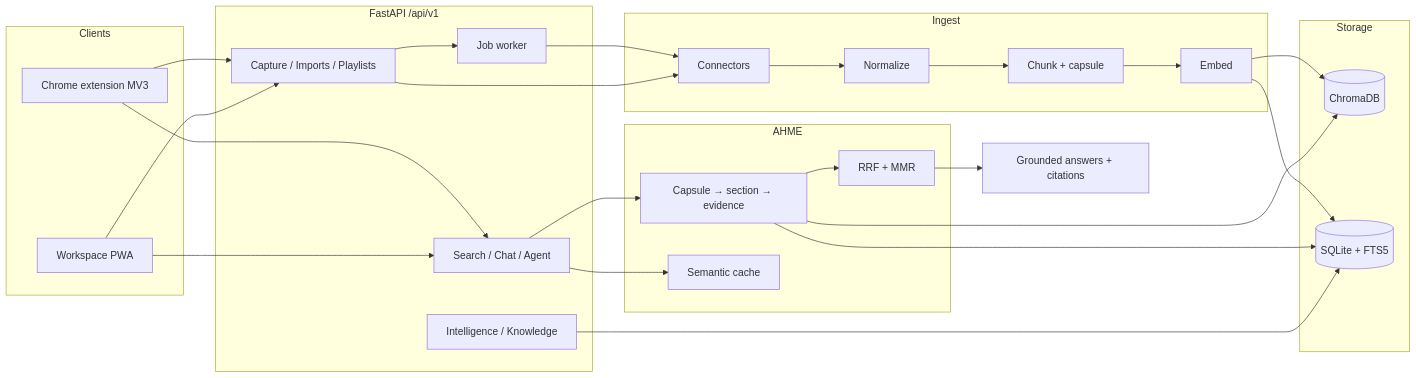
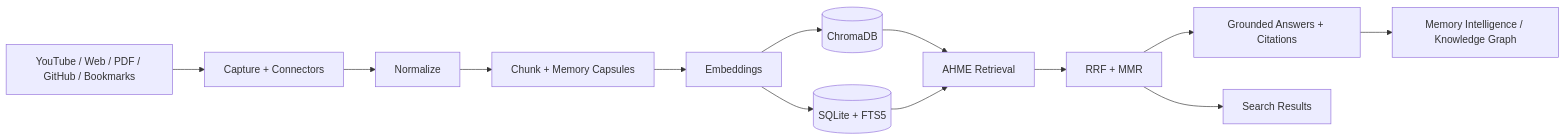
The diagram in README.md (antonypaul98/ai-memory-search-agent), drawn with Mermaid before and after one commit. The commit also changed other lines of this file, not shown here.

````diff
--- a/README.md
+++ b/README.md
@@ -70,51 +64,15 @@
 ```mermaid
 flowchart LR
-  subgraph Clients
-    EXT[Chrome extension MV3]
-    PWA[Workspace PWA]
-  end
-
-  subgraph API["FastAPI /api/v1"]
-    CAP[Capture / Imports / Playlists]
-    JOBS[Job worker]
-    SRCH[Search / Chat / Agent]
-    INTEL[Intelligence / Knowledge]
-  end
-
-  subgraph Pipeline["Ingest"]
-    CONN[Connectors]
-    NORM[Normalize]
-    CHUNK[Chunk + capsule]
-    EMB[Embed]
-  end
-
-  subgraph Store["Storage"]
-    CH[(ChromaDB)]
-    SQL[(SQLite + FTS5)]
-  end
-
-  subgraph Retrieve["AHME"]
-    HIER[Capsule → section → evidence]
-    FUSE[RRF + MMR]
-    CACHE[Semantic cache]
-  end
-
-  ANS[Grounded answers + citations]
-
-  EXT --> CAP
-  PWA --> CAP
-  EXT --> SRCH
-  PWA --> SRCH
-  CAP --> JOBS
-  JOBS --> CONN
-  CAP --> CONN
-  CONN --> NORM --> CHUNK --> EMB
-  EMB --> CH
-  EMB --> SQL
-  SRCH --> CACHE
-  SRCH --> HIER
-  HIER --> CH
-  HIER --> SQL
-  HIER --> FUSE --> ANS
-  INTEL --> SQL
+    A[YouTube / Web / PDF / GitHub / Bookmarks] --> B[Capture + Connectors]
+    B --> C[Normalize]
+    C --> D[Chunk + Memory Capsules]
+    D --> E[Embeddings]
+    E --> F[(ChromaDB)]
+    E --> G[(SQLite + FTS5)]
+    F --> H[AHME Retrieval]
+    G --> H
+    H --> I[RRF + MMR]
+    I --> J[Grounded Answers + Citations]
+    I --> K[Search Results]
+    J --> L[Memory Intelligence / Knowledge Graph]
 ```
````
